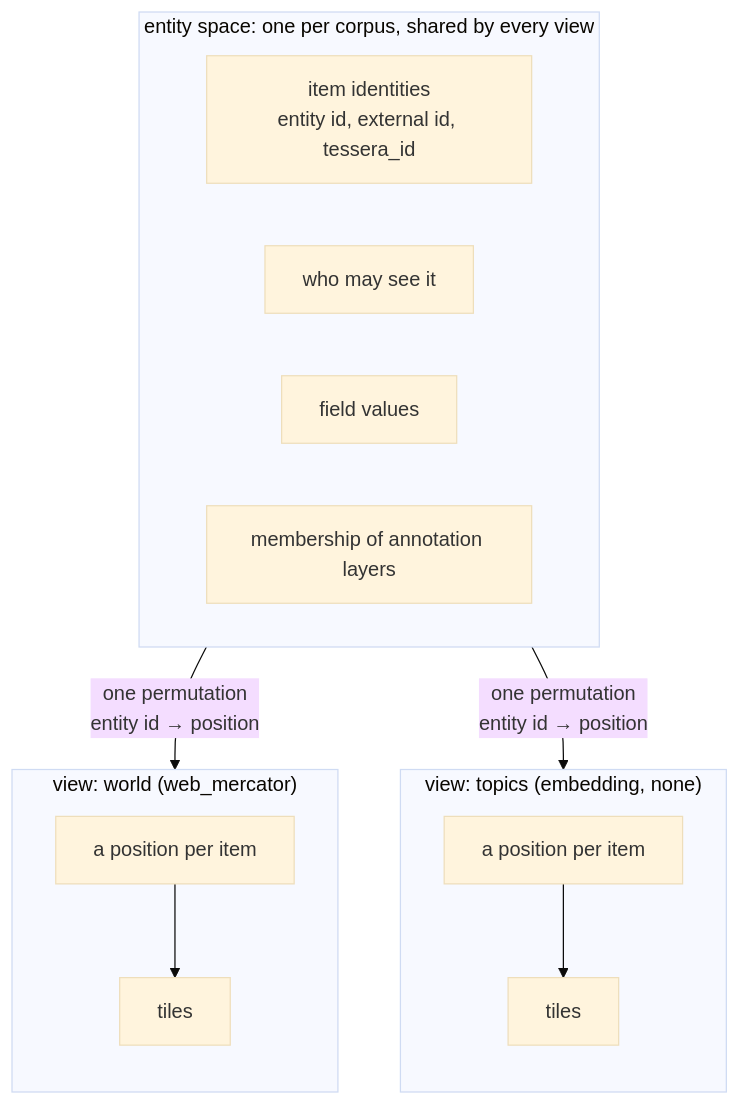
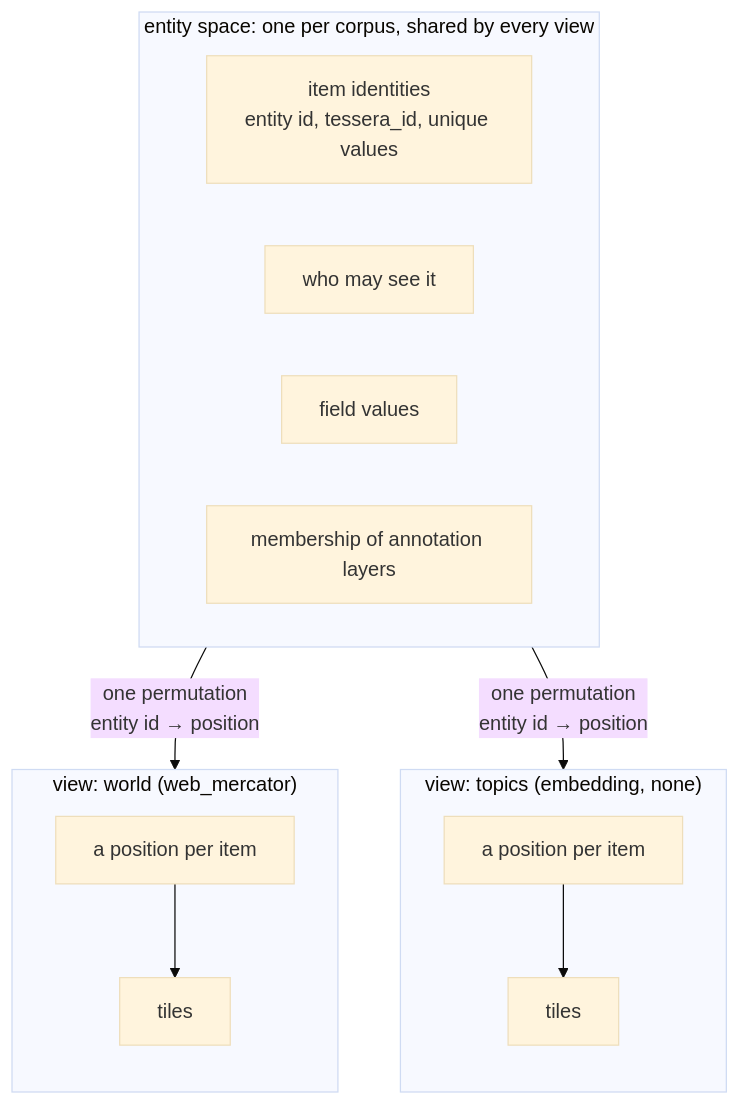
The first of 2 diagrams in docs/system/data-model.md (jennis0/tesseradb), drawn with Mermaid (base theme) before and after one commit. The commit also changed other lines of this file and 9 other files, not shown here.

First line of the commit message:
Docs describe items addressed by tessera_id and unique values, and the build's join field

````diff
--- a/docs/system/data-model.md
+++ b/docs/system/data-model.md
@@ -27,22 +26,22 @@
 ```mermaid
 flowchart TB
   subgraph entity["entity space: one per corpus, shared by every view"]
     direction LR
-    ids["item identities<br/>entity id, external id, tessera_id"]
+    ids["item identities<br/>entity id, tessera_id, unique values"]
     terms["who may see it"]
     fields["field values"]
     members["membership of annotation layers"]
   end
 
   subgraph v1["view: world (web_mercator)"]
     direction TB
     p1["a position per item"] --> t1["tiles"]
   end
   subgraph v2["view: topics (embedding, none)"]
     direction TB
     p2["a position per item"] --> t2["tiles"]
   end
 
   entity -- "one permutation<br/>entity id → position" --> v1
   entity -- "one permutation<br/>entity id → position" --> v2
 ```
````
